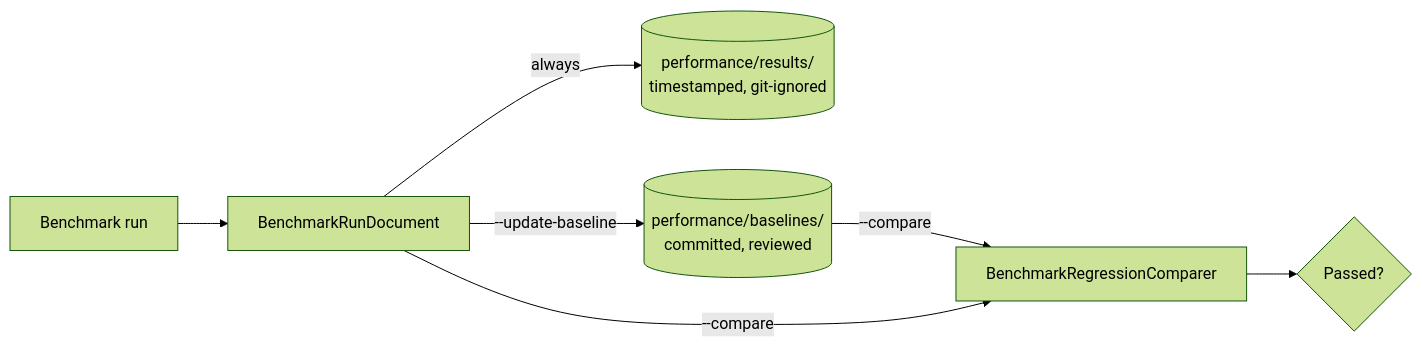
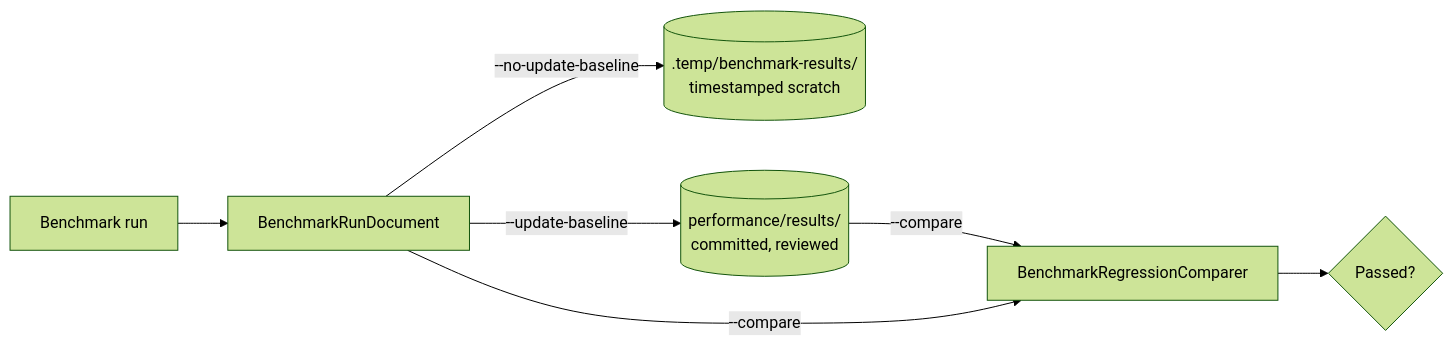
One commit to bvdcode/cotton changed the second of 3 diagrams in docs/technical/26-performance-benchmarking-testing.md. Above: the diagram before and after it, drawn with Mermaid (forest theme). The commit also changed other lines of this file and 36 other files, not shown here.

Commit message:
refactor benchmark storage path results

````diff
--- a/docs/technical/26-performance-benchmarking-testing.md
+++ b/docs/technical/26-performance-benchmarking-testing.md
@@ -133,9 +126,9 @@
 ```mermaid
 flowchart LR
     Run[Benchmark run] --> Doc[BenchmarkRunDocument]
-    Doc -->|always| Res[(performance/results/<br/>timestamped, git-ignored)]
-    Doc -->|--update-baseline| Base[(performance/baselines/<br/>committed, reviewed)]
+    Doc -->|--no-update-baseline| Res[(.temp/benchmark-results/<br/>timestamped scratch)]
+    Doc -->|--update-baseline| Base[(performance/results/<br/>committed, reviewed)]
     Base -->|--compare| Cmp[BenchmarkRegressionComparer]
     Doc -->|--compare| Cmp
     Cmp --> Exit{Passed?}
 ```
````
